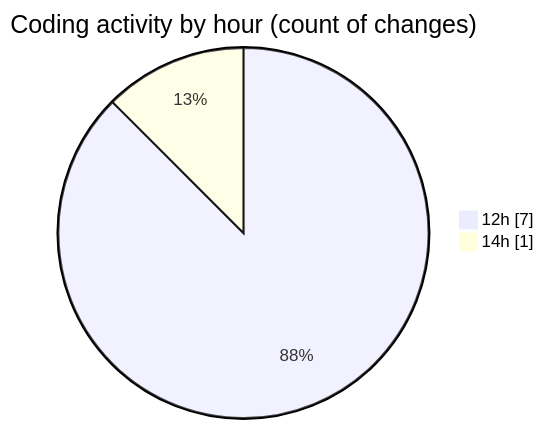
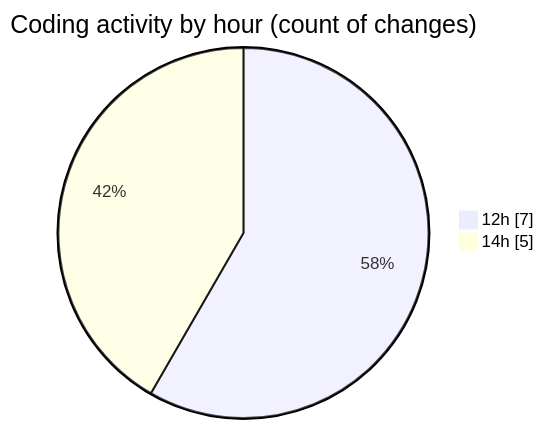
Before and after one commit to julien-gomy/code-tracking: the second of 2 diagrams in 2025-10-06/eventscop-frontend-guide__workspace_/README.md, drawn with Mermaid. The commit also changed other lines of this file and 1 other file, not shown here.

````diff
--- a/2025-10-06/eventscop-frontend-guide__workspace_/README.md
+++ b/2025-10-06/eventscop-frontend-guide__workspace_/README.md
@@ -34,6 +34,6 @@
 ```mermaid
 pie showData
 title Coding activity by hour (count of changes)
 "12h" : 7
-"14h" : 1
+"14h" : 5
 ```
````
